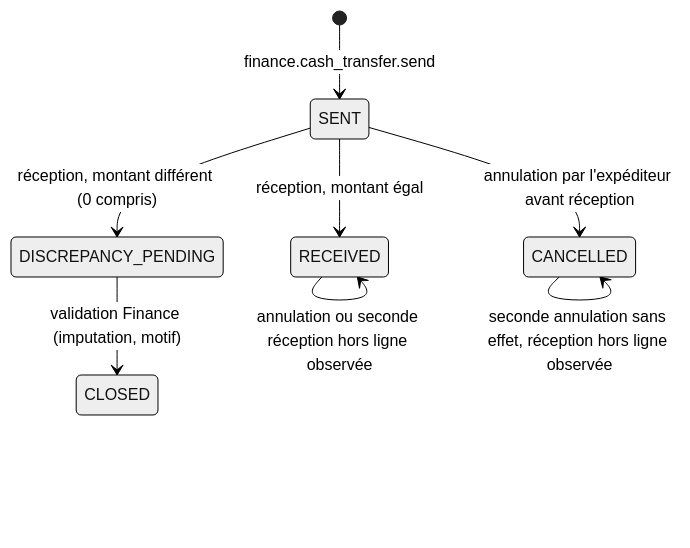
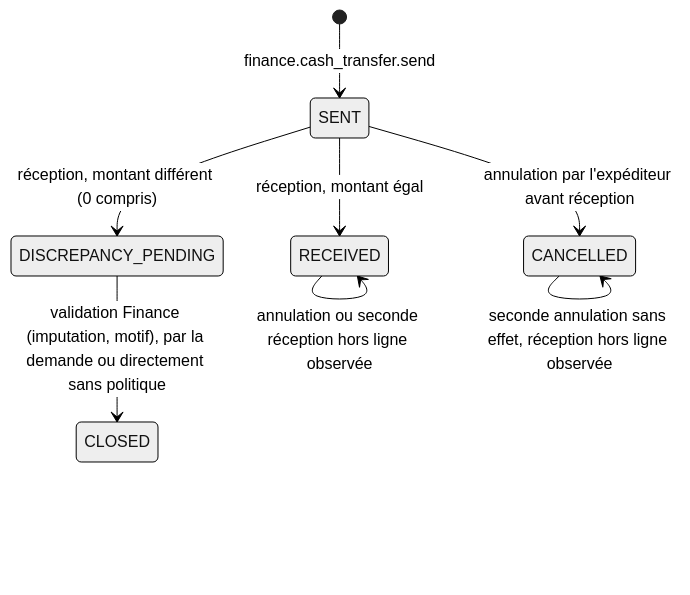
The sixth of 6 diagrams in docs/04-workflows/machines-a-etats/02-ventes-caisse.md (romiall/app.gic-agropelc), drawn with Mermaid (neutral theme) before and after one commit. The commit also changed other lines of this file and 14 other files, not shown here.

````diff
--- a/docs/04-workflows/machines-a-etats/02-ventes-caisse.md
+++ b/docs/04-workflows/machines-a-etats/02-ventes-caisse.md
@@ -160,10 +160,10 @@
 ```mermaid
 stateDiagram-v2
   [*] --> SENT : finance.cash_transfer.send
   SENT --> RECEIVED : réception, montant égal
   SENT --> DISCREPANCY_PENDING : réception, montant différent (0 compris)
-  DISCREPANCY_PENDING --> CLOSED : validation Finance (imputation, motif)
+  DISCREPANCY_PENDING --> CLOSED : validation Finance (imputation, motif), par la demande ou directement sans politique
   SENT --> CANCELLED : annulation par l'expéditeur avant réception
   CANCELLED --> CANCELLED : seconde annulation sans effet, réception hors ligne observée
   RECEIVED --> RECEIVED : annulation ou seconde réception hors ligne observée
 ```
````
